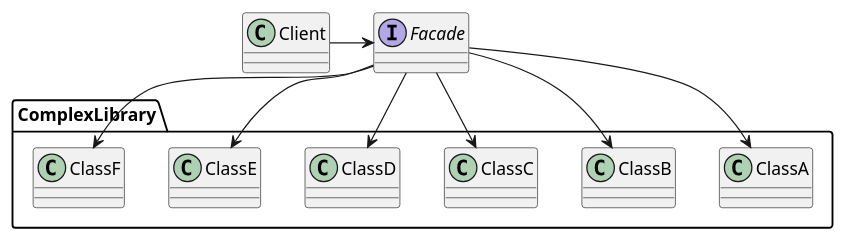
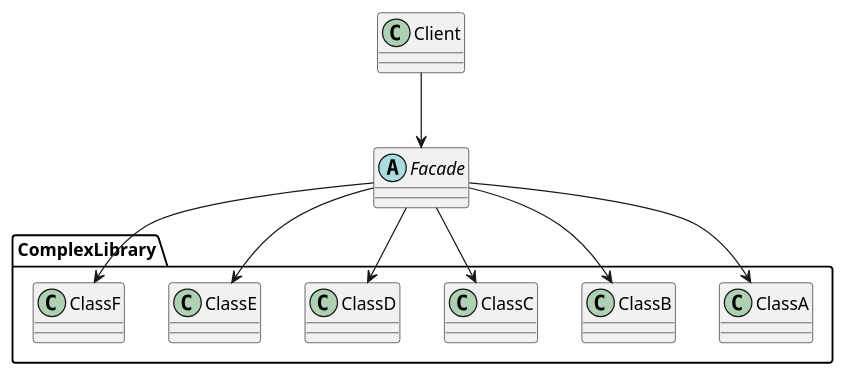
The diagram in u-facade-pattern/src/main/facade_pattern.puml (jprie/mum_springboot), drawn with PlantUML before and after one commit. The commit also changed 9 other files, not shown here.

Commit message:
update uml diagrams (clean test diagrams)

```diff
--- a/u-facade-pattern/src/main/facade_pattern.puml
+++ b/u-facade-pattern/src/main/facade_pattern.puml
@@ -1,26 +1,26 @@
 @startuml
 'https://plantuml.com/class-diagram
 
 
 class Client
-interface Facade
+abstract Facade
 
-Client -> Facade
+Client --> Facade
 
 set separator ::
 class ComplexLibrary::ClassA
 class ComplexLibrary::ClassB
 class ComplexLibrary::ClassC
 class ComplexLibrary::ClassD
 class ComplexLibrary::ClassE
 class ComplexLibrary::ClassF
 
 
 Facade --> ClassA
 Facade --> ClassB
 Facade --> ClassC
 Facade --> ClassD
 Facade --> ClassE
 Facade --> ClassF
 
 @enduml
```
